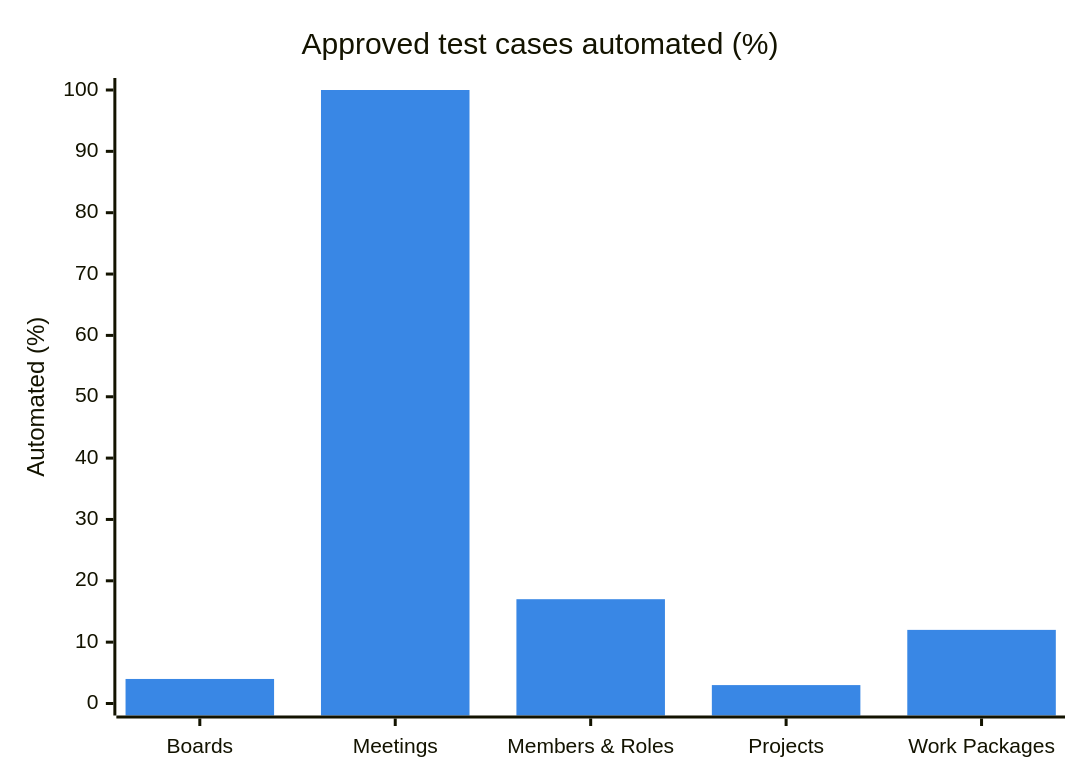
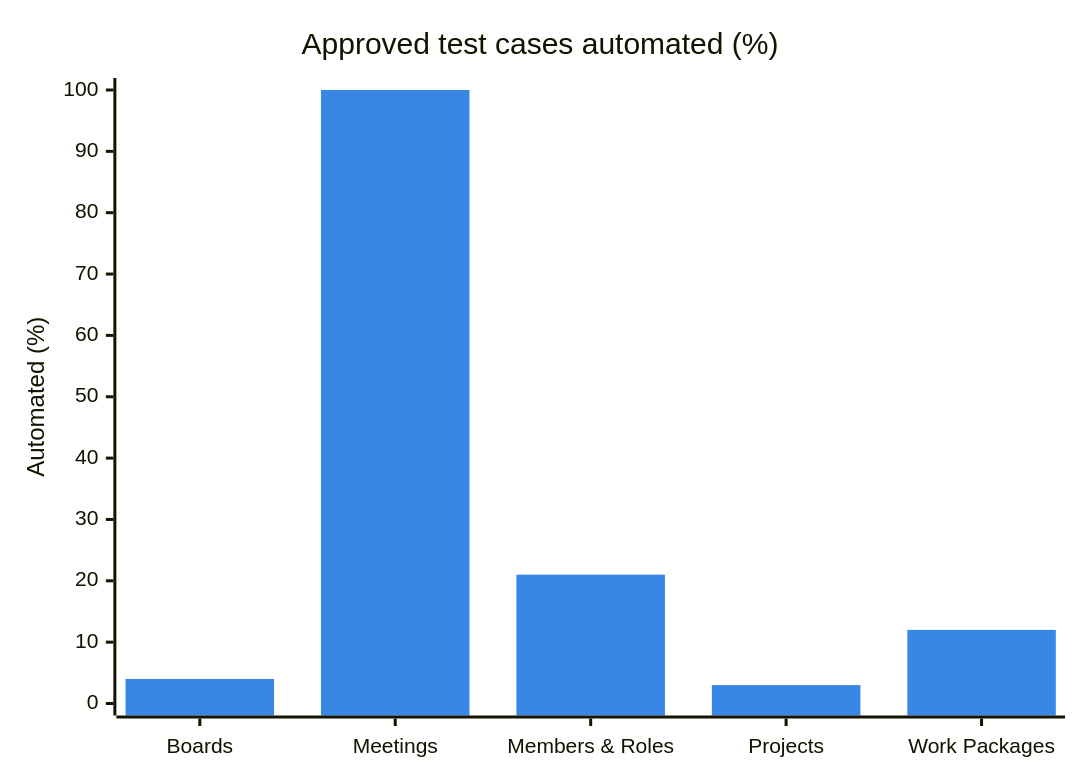
One commit to Top-Q/playwright-typescript changed the first of 4 diagrams in specs/product/vault/Dashboard.md. Above: the diagram before and after it, drawn with Mermaid. The commit also changed other lines of this file and 5 other files, not shown here.

````diff
--- a/specs/product/vault/Dashboard.md
+++ b/specs/product/vault/Dashboard.md
@@ -23,8 +23,8 @@
 ```mermaid
 %%{init: {"themeVariables":{"xyChart":{"plotColorPalette":"#3987e5"}}}}%%
 xychart-beta
     title "Approved test cases automated (%)"
     x-axis ["Boards", "Meetings", "Members & Roles", "Projects", "Work Packages"]
     y-axis "Automated (%)" 0 --> 100
-    bar [4, 100, 17, 3, 12]
+    bar [4, 100, 21, 3, 12]
 ```
````
